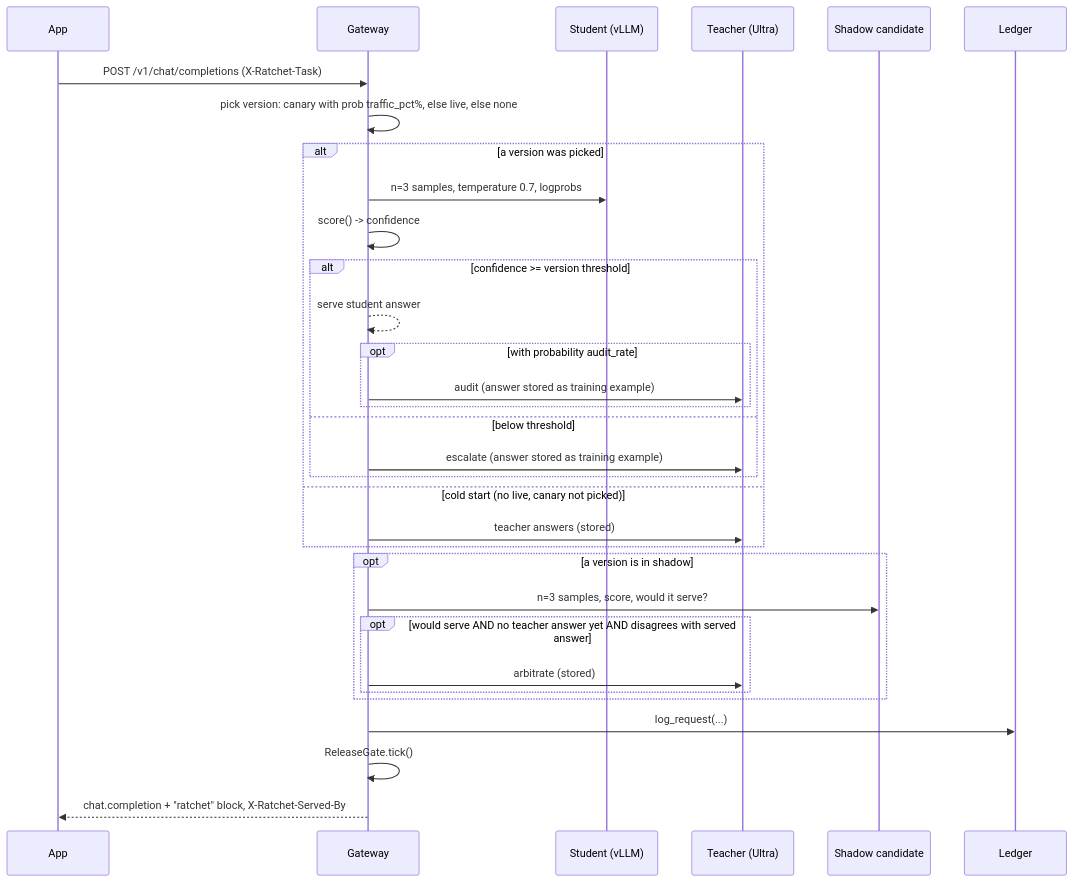
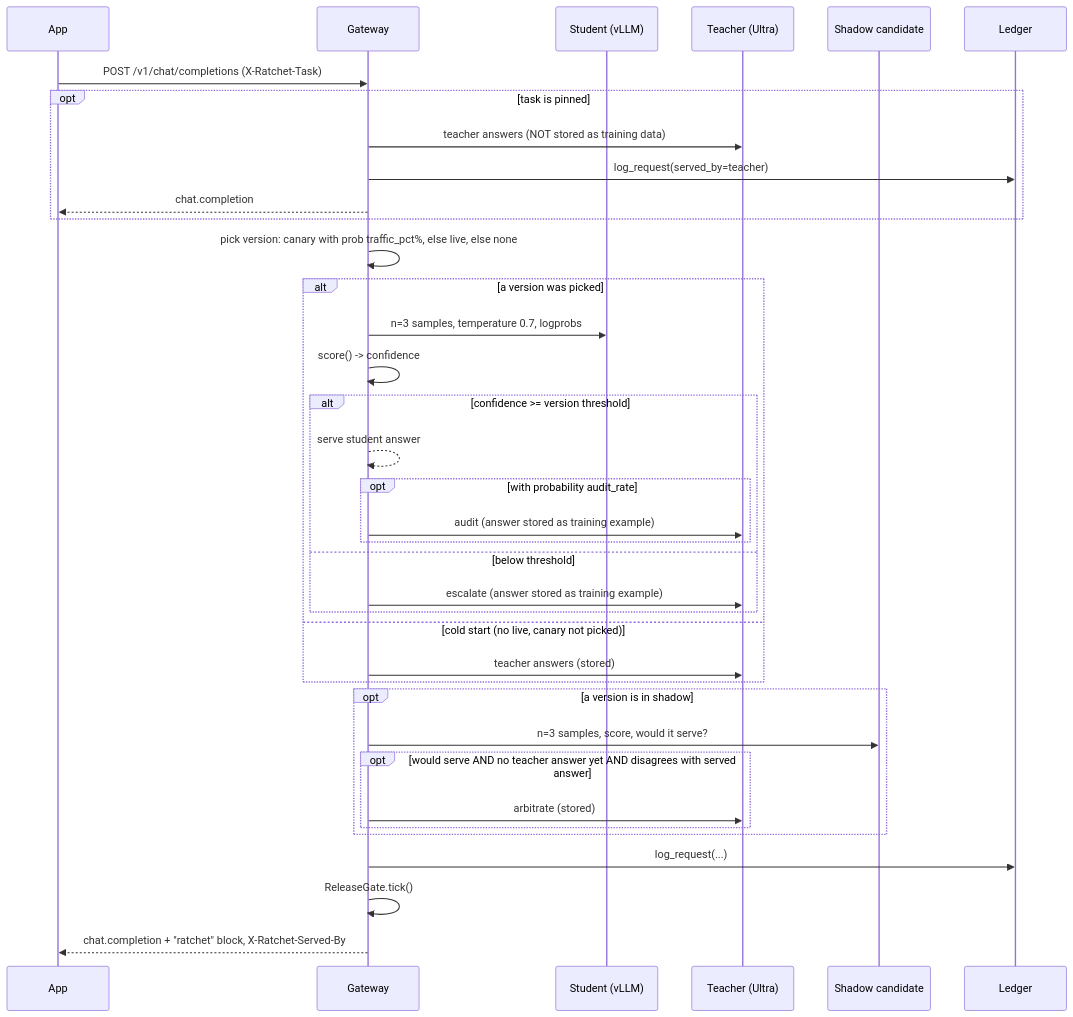
One commit to harshbhx/ratchet changed the first of 2 diagrams in docs/ARCHITECTURE.md. Above: the diagram before and after it, drawn with Mermaid. The commit also changed other lines of this file and 21 other files, not shown here.

````diff
--- a/docs/ARCHITECTURE.md
+++ b/docs/ARCHITECTURE.md
@@ -60,34 +67,39 @@
 ```mermaid
 sequenceDiagram
     participant App
     participant GW as Gateway
     participant S as Student (vLLM)
     participant T as Teacher (Ultra)
     participant SH as Shadow candidate
     participant L as Ledger
     App->>GW: POST /v1/chat/completions (X-Ratchet-Task)
+    opt task is pinned
+        GW->>T: teacher answers (NOT stored as training data)
+        GW->>L: log_request(served_by=teacher)
+        GW-->>App: chat.completion
+    end
     GW->>GW: pick version: canary with prob traffic_pct%, else live, else none
     alt a version was picked
         GW->>S: n=3 samples, temperature 0.7, logprobs
         GW->>GW: score() -> confidence
         alt confidence >= version threshold
             GW-->>GW: serve student answer
             opt with probability audit_rate
                 GW->>T: audit (answer stored as training example)
             end
         else below threshold
             GW->>T: escalate (answer stored as training example)
         end
     else cold start (no live, canary not picked)
         GW->>T: teacher answers (stored)
     end
     opt a version is in shadow
         GW->>SH: n=3 samples, score, would it serve?
         opt would serve AND no teacher answer yet AND disagrees with served answer
             GW->>T: arbitrate (stored)
         end
     end
     GW->>L: log_request(...)
     GW->>GW: ReleaseGate.tick()
     GW-->>App: chat.completion + "ratchet" block, X-Ratchet-Served-By
 ```
````
